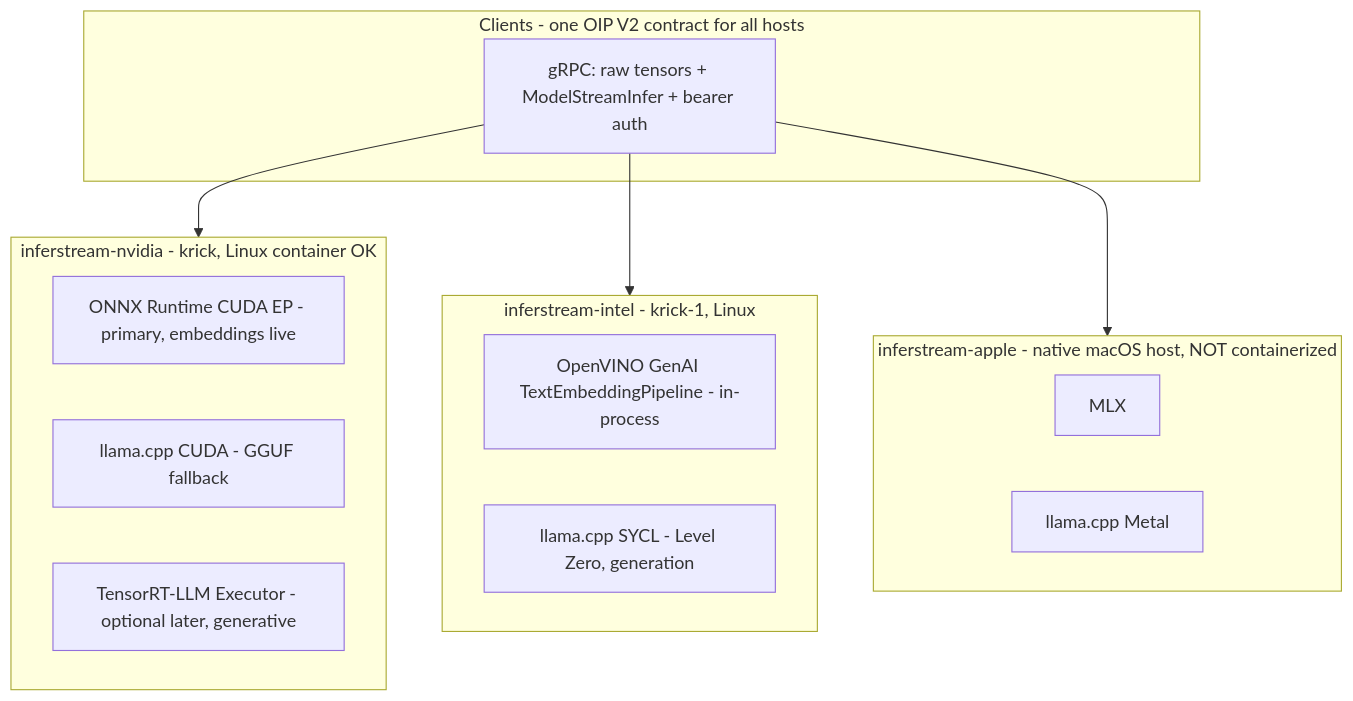
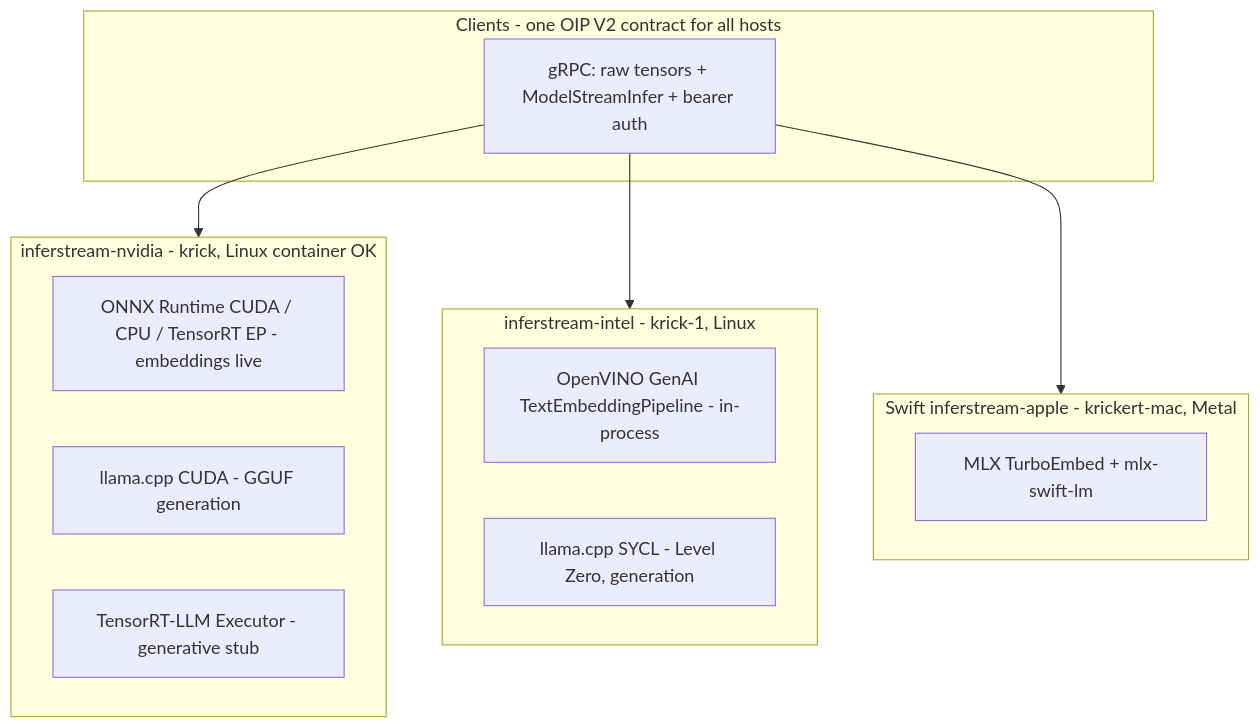
The diagram in README.md (ai-pipestream/turboembed), drawn with Mermaid before and after one commit. The commit also changed other lines of this file and 7 other files, not shown here.

First line of the commit message:
docs: align TurboEmbed README with live C ABI and receipts

````diff
--- a/README.md
+++ b/README.md
@@ -34,26 +45,25 @@
 ```mermaid
 flowchart TB
     subgraph clients [Clients - one OIP V2 contract for all hosts]
         C[gRPC: raw tensors + ModelStreamInfer + bearer auth]
     end
 
     subgraph nvidia [inferstream-nvidia - krick, Linux container OK]
-        N1[ONNX Runtime CUDA EP - primary, embeddings live]
-        N2[llama.cpp CUDA - GGUF fallback]
-        N3[TensorRT-LLM Executor - optional later, generative]
+        N1[ONNX Runtime CUDA / CPU / TensorRT EP - embeddings live]
+        N2[llama.cpp CUDA - GGUF generation]
+        N3[TensorRT-LLM Executor - generative stub]
     end
 
     subgraph intel [inferstream-intel - krick-1, Linux]
         I0[OpenVINO GenAI TextEmbeddingPipeline - in-process]
         I2[llama.cpp SYCL - Level Zero, generation]
     end
 
-    subgraph apple [inferstream-apple - native macOS host, NOT containerized]
-        A1[MLX]
-        A2[llama.cpp Metal]
+    subgraph apple [Swift inferstream-apple - krickert-mac, Metal]
+        A1[MLX TurboEmbed + mlx-swift-lm]
     end
 
     C --> nvidia
     C --> intel
     C --> apple
 ```
````
